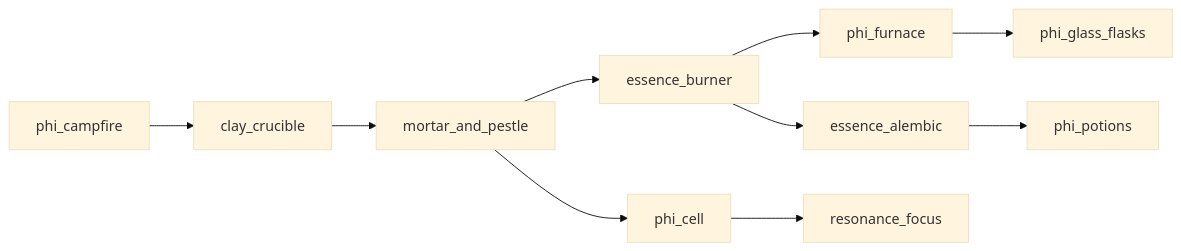
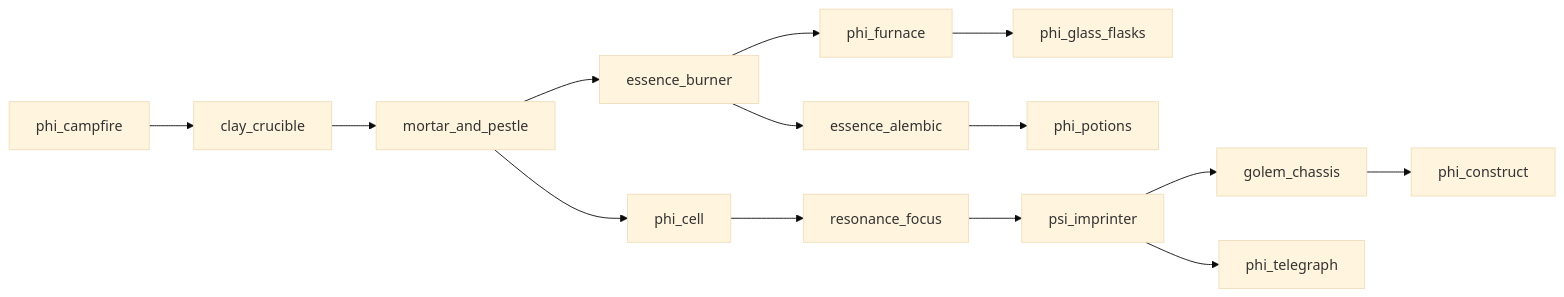
Before and after one commit to pozikt/Effecoria-mod: the diagram in docs/TECHNOMAGIC.md, drawn with Mermaid (base theme). The commit also changed other lines of this file and 46 other files, not shown here.

````diff
--- a/docs/TECHNOMAGIC.md
+++ b/docs/TECHNOMAGIC.md
@@ -19,12 +19,16 @@
 ```mermaid
 flowchart LR
   campfire[phi_campfire] --> crucible[clay_crucible]
   crucible --> mortar[mortar_and_pestle]
   mortar --> burner[essence_burner]
   burner --> furnace[phi_furnace]
   burner --> alembic[essence_alembic]
   furnace --> glass[phi_glass_flasks]
   alembic --> potions[phi_potions]
   mortar --> cell[phi_cell]
   cell --> focus[resonance_focus]
+  focus --> imprint[psi_imprinter]
+  imprint --> chassis[golem_chassis]
+  chassis --> construct[phi_construct]
+  imprint --> telegraph[phi_telegraph]
 ```
````
